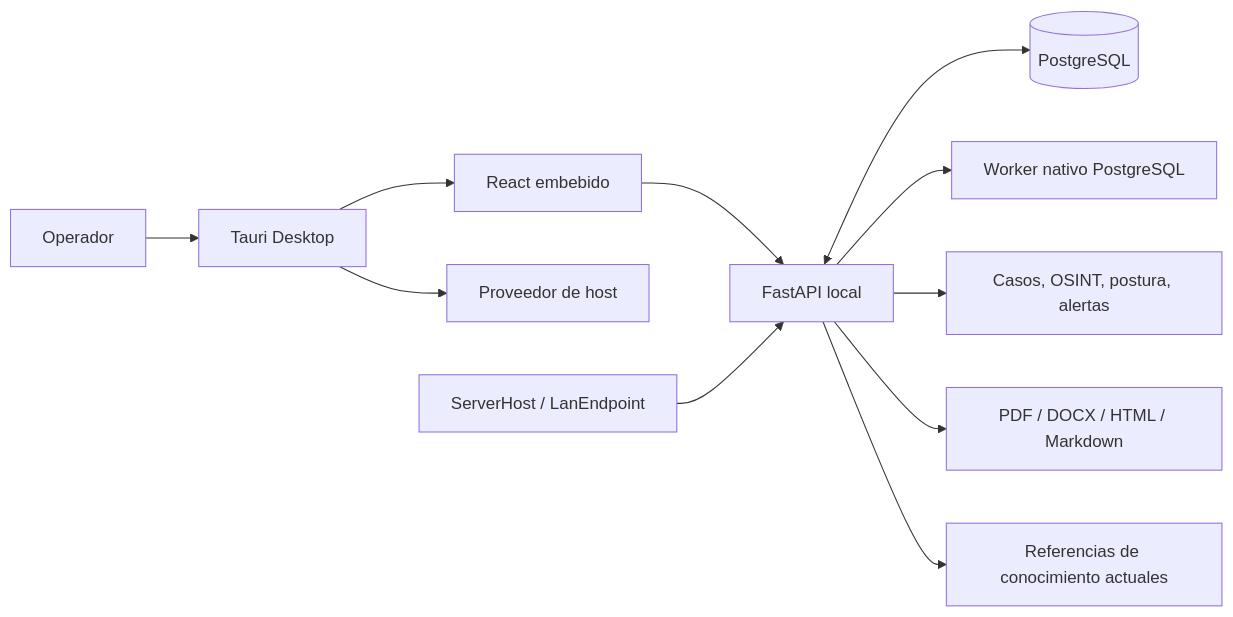
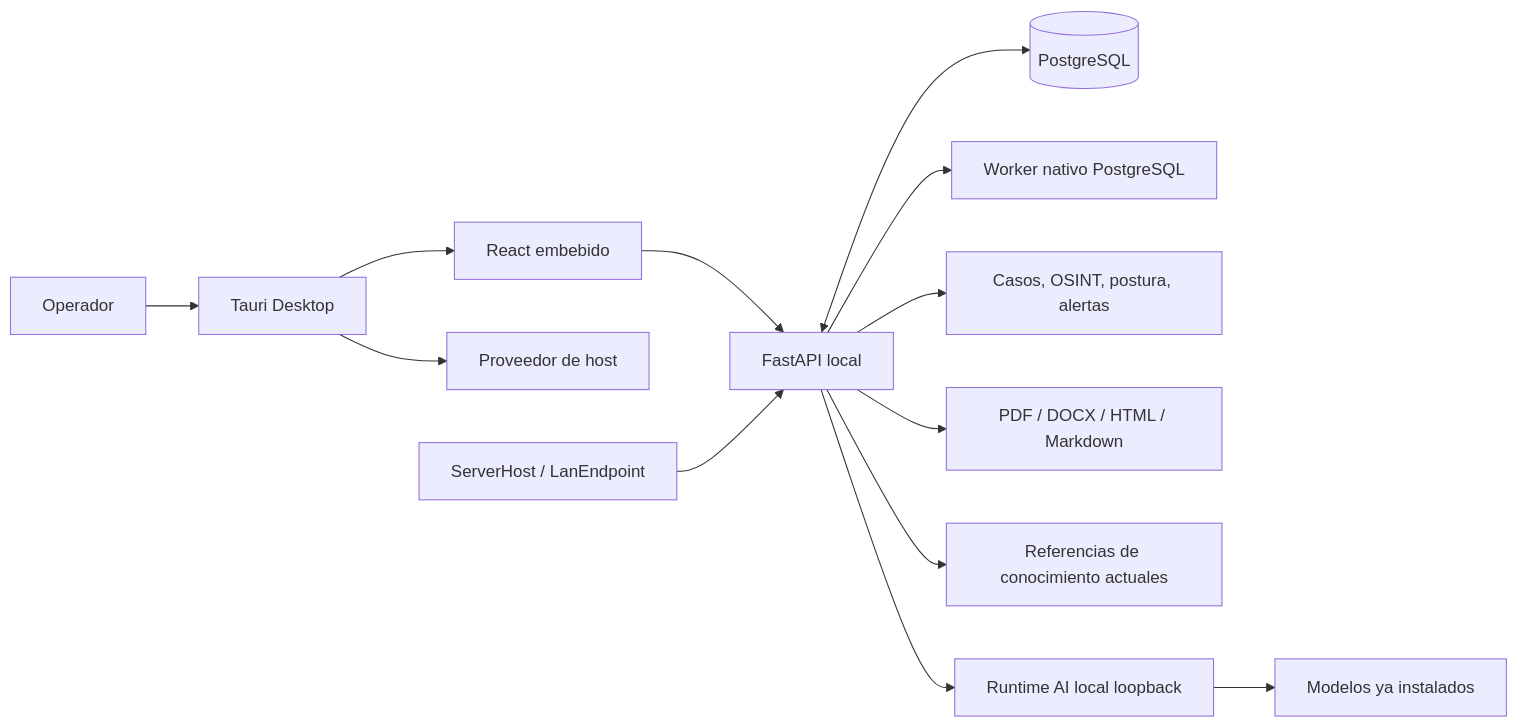
One commit to Snowwiy/ai-osint-platform changed the diagram in docs/srs/RavenTech_OSINT_SRS_ES.md. Above: the diagram before and after it, drawn with Mermaid. The commit also changed other lines of this file and 26 other files, not shown here.

Commit message:
Phase 6E: local AI runtime and model benchmarking

````diff
--- a/docs/srs/RavenTech_OSINT_SRS_ES.md
+++ b/docs/srs/RavenTech_OSINT_SRS_ES.md
@@ -83,13 +84,15 @@
 ```mermaid
 flowchart LR
   U[Operador] --> T[Tauri Desktop]
   T --> UI[React embebido]
   UI --> API[FastAPI local]
   API <--> PG[(PostgreSQL)]
   API --> W[Worker nativo PostgreSQL]
   T --> H[Proveedor de host]
   A[ServerHost / LanEndpoint] --> API
   API --> C[Casos, OSINT, postura, alertas]
   API --> R[PDF / DOCX / HTML / Markdown]
   API --> K[Referencias de conocimiento actuales]
+  API --> L[Runtime AI local loopback]
+  L --> M[Modelos ya instalados]
 ```
````
